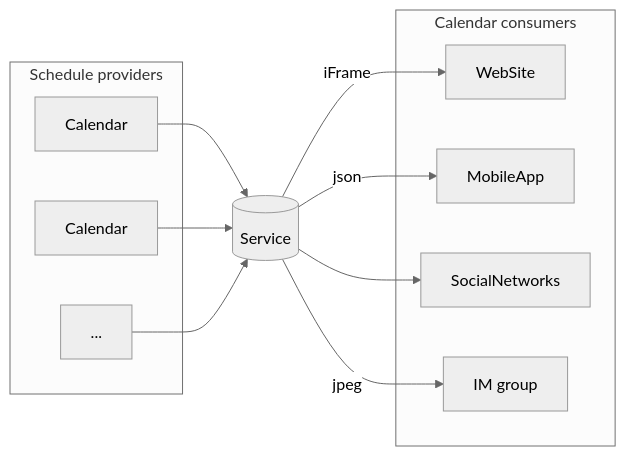
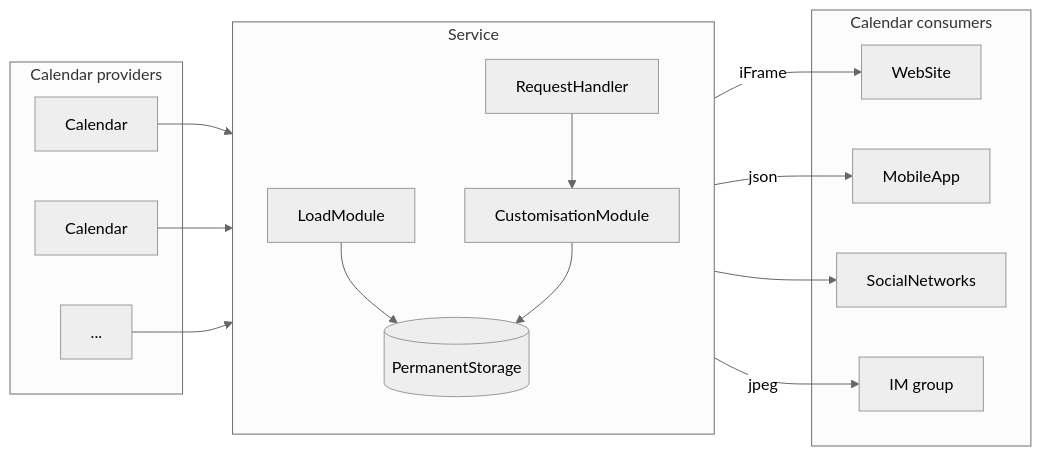
Before and after one commit to GHopperMSK/schedule-manager: the second of 3 diagrams in README.md, drawn with Mermaid (neutral theme).

````diff
--- a/README.md
+++ b/README.md
@@ -82,14 +82,23 @@
 ```mermaid
 flowchart LR
-    subgraph "Schedule providers"
+    subgraph calendar_providers ["Calendar providers"]
         BS1[Calendar] & BS2[Calendar] & BSX[...]
     end
-    BS1[Calendar] & BS2[Calendar] & BSX[...] --> SR[(Service)]
-    subgraph "Calendar consumers"
+    subgraph service ["Service"]
+        LM[LoadModule]
+        CM[CustomisationModule]
+        PS[(PermanentStorage)]
+
+        LM[LoadModule] --> PS[(PermanentStorage)]
+        CM[CustomisationModule] --> PS[(PermanentStorage)]
+        RequestHandler[RequestHandler] --> CM[CustomisationModule]
+    end
+    BS1[Calendar] & BS2[Calendar] & BSX[...] --> service
+    subgraph calendar_customers ["Calendar consumers"]
         CL1[WebSite] & CL2[MobileApp] & CL3[SocialNetworks] &  CLX[IM group]
     end
-        SR --> |iFrame| CL1[WebSite]
-        SR --> |json| CL2[MobileApp]
-        SR --> CL3[SocialNetworks]
-        SR -->|jpeg| CLX[IM group]
+    service --> |iFrame| CL1[WebSite]
+    service --> |json| CL2[MobileApp]
+    service --> CL3[SocialNetworks]
+    service -->|jpeg| CLX[IM group]
 ```
````
